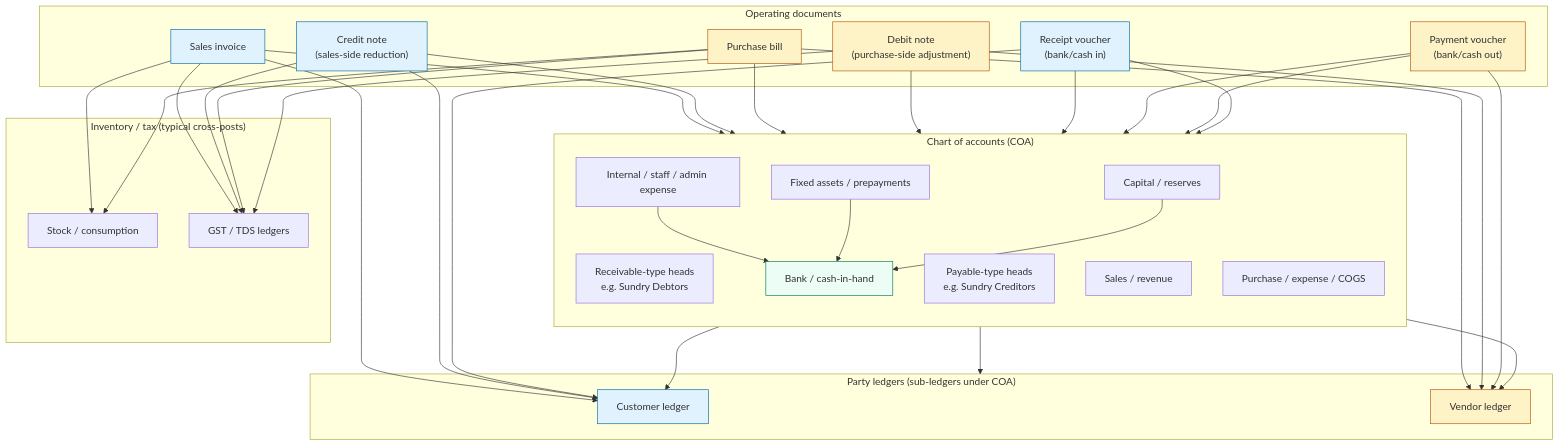
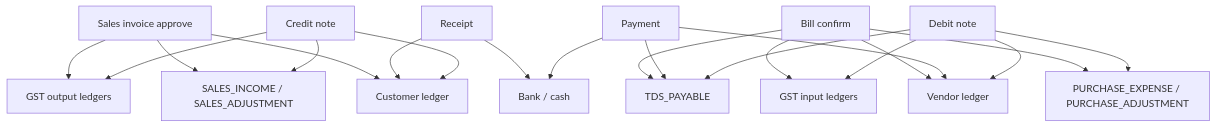
Diagram 19 of 23 in Specifications/Accounts_Final/Graphical_Testing_guide.md (Aurifex-Innovations/ERP_docs), drawn with Mermaid before and after one commit. The commit also changed other lines of this file, not shown here.

Commit message:
docs: add graphical testing guide for accounting scenarios, COA, and ledger linkage

````diff
--- a/Specifications/Accounts_Final/Graphical_Testing_guide.md
+++ b/Specifications/Accounts_Final/Graphical_Testing_guide.md
@@ -295,79 +649,43 @@
 ```mermaid
 flowchart TB
-  subgraph COA["Chart of accounts (COA)"]
-    direction TB
-    H_AR["Receivable-type heads<br/>e.g. Sundry Debtors"]
-    H_AP["Payable-type heads<br/>e.g. Sundry Creditors"]
-    H_BANK["Bank / cash-in-hand"]
-    H_SALES["Sales / revenue"]
-    H_PURCHASE["Purchase / expense / COGS"]
-    H_ASSET["Fixed assets / prepayments"]
-    H_CAP["Capital / reserves"]
-    H_EXP["Internal / staff / admin expense"]
-  end
+  INV["Sales invoice approve"]
+  RCP["Receipt"]
+  CN["Credit note"]
+  BILL["Bill confirm"]
+  PAY["Payment"]
+  DN["Debit note"]
 
-  subgraph PARTIES["Party ledgers (sub-ledgers under COA)"]
-    L_CUST["Customer ledger"]
-    L_VEND["Vendor ledger"]
-  end
+  CUST["Customer ledger"]
+  VEND["Vendor ledger"]
+  BANK["Bank / cash"]
+  SALES["SALES_INCOME / SALES_ADJUSTMENT"]
+  PUR["PURCHASE_EXPENSE / PURCHASE_ADJUSTMENT"]
+  GSTO["GST output ledgers"]
+  GSTI["GST input ledgers"]
+  TDS["TDS_PAYABLE"]
 
-  subgraph OPS["Operating documents"]
-    INV["Sales invoice"]
-    BILL["Purchase bill"]
-    PAY["Payment voucher<br/>(bank/cash out)"]
-    RCP["Receipt voucher<br/>(bank/cash in)"]
-    CN["Credit note<br/>(sales-side reduction)"]
-    DN["Debit note<br/>(purchase-side adjustment)"]
-  end
+  INV --> CUST
+  INV --> SALES
+  INV --> GSTO
 
-  subgraph STOCK["Inventory / tax (typical cross-posts)"]
-    INV_STK["Stock / consumption"]
-    TAX["GST / TDS ledgers"]
-  end
+  RCP --> CUST
+  RCP --> BANK
 
-  COA --> PARTIES
-  H_AR --> L_CUST
-  H_AP --> L_VEND
+  CN --> CUST
+  CN --> SALES
+  CN --> GSTO
 
-  INV --> L_CUST
-  INV --> H_SALES
-  INV --> TAX
-  INV --> INV_STK
+  BILL --> VEND
+  BILL --> PUR
+  BILL --> GSTI
+  BILL --> TDS
 
-  CN --> L_CUST
-  CN --> H_SALES
-  CN --> TAX
+  PAY --> VEND
+  PAY --> BANK
+  PAY --> TDS
 
-  BILL --> L_VEND
-  BILL --> H_PURCHASE
-  BILL --> TAX
-  BILL --> INV_STK
-
-  DN --> L_VEND
-  DN --> H_PURCHASE
-  DN --> TAX
-
-  RCP --> L_CUST
-  RCP --> H_BANK
-
-  PAY --> L_VEND
-  PAY --> H_BANK
-
-  PAY --> H_EXP
-  RCP --> H_SALES
-
-  H_EXP --> H_BANK
-  H_ASSET --> H_BANK
-  H_CAP --> H_BANK
-
-  classDef debtor fill:#e0f2fe,stroke:#0369a1;
-  classDef creditor fill:#fef3c7,stroke:#b45309;
-  classDef cash fill:#ecfdf5,stroke:#047857;
-  classDef memo fill:#f3f4f6,stroke:#6b7280,color:#111827;
-
-  class L_CUST debtor;
-  class L_VEND creditor;
-  class H_BANK cash;
-  class INV,CN,RCP debtor;
-  class BILL,DN,PAY creditor;
+  DN --> VEND
+  DN --> PUR
+  DN --> GSTI
+  DN --> TDS
 ```
````
